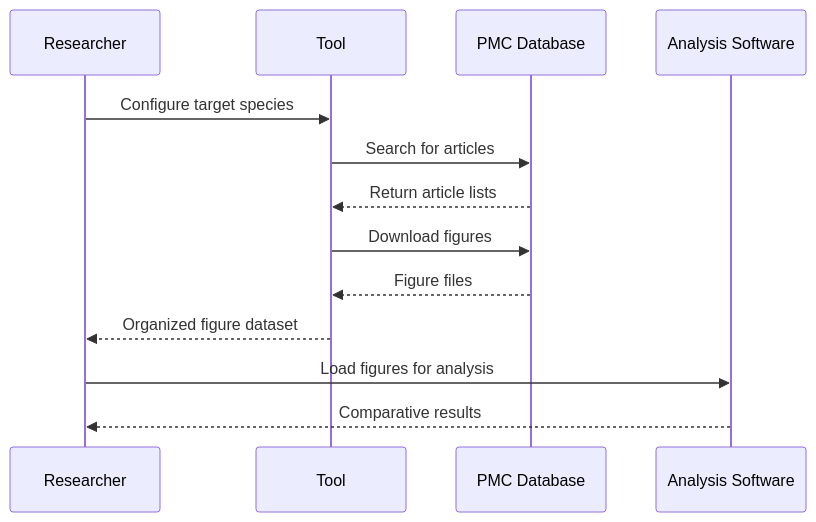
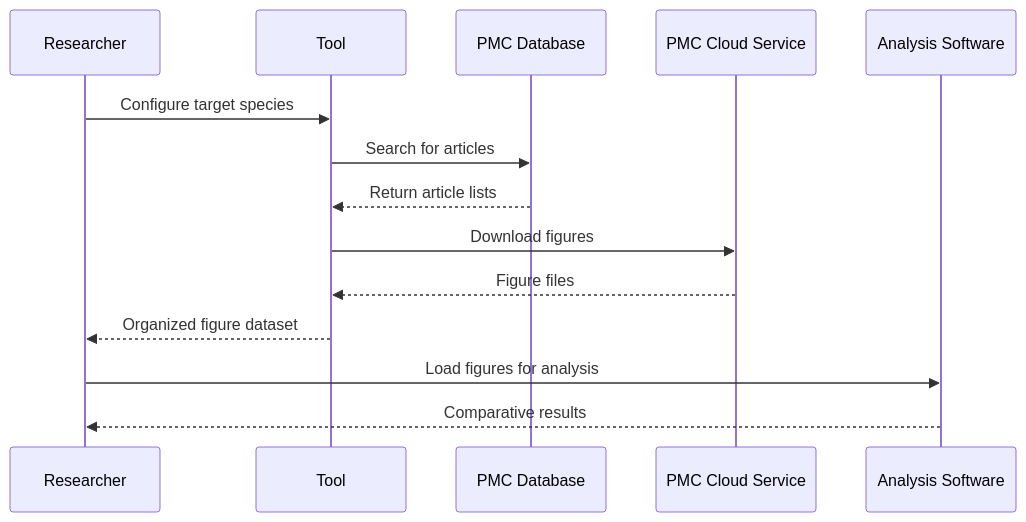
Before and after one commit to AlexJSully/Publication-Figure-Retrieval: the second of 2 diagrams in docs/usage/index.md, drawn with Mermaid. The commit also changed other lines of this file and 28 other files, not shown here.

First line of the commit message:
Fix unable to retrieve figure publication images (#242)

````diff
--- a/docs/usage/index.md
+++ b/docs/usage/index.md
@@ -217,19 +216,20 @@
 ```mermaid
 sequenceDiagram
     accTitle: Comparative Analysis Workflow
-    accDescr: A researcher configures target species and the tool searches PMC for articles. PMC returns article lists, the tool downloads figures, and PMC returns figure files. The tool hands the researcher an organized figure dataset, which the researcher loads into analysis software to obtain comparative results.
+    accDescr: A researcher configures target species and the tool searches PMC for articles. PMC returns article lists, the tool downloads figures from the PMC Cloud Service, and the PMC Cloud Service returns figure files. The tool hands the researcher an organized figure dataset, which the researcher loads into analysis software to obtain comparative results.
 
     participant R as Researcher
     participant T as Tool
     participant PMC as PMC Database
+    participant Cloud as PMC Cloud Service
     participant A as Analysis Software
 
     R->>T: Configure target species
     T->>PMC: Search for articles
     PMC-->>T: Return article lists
-    T->>PMC: Download figures
-    PMC-->>T: Figure files
+    T->>Cloud: Download figures
+    Cloud-->>T: Figure files
     T-->>R: Organized figure dataset
     R->>A: Load figures for analysis
     A-->>R: Comparative results
 ```
````
